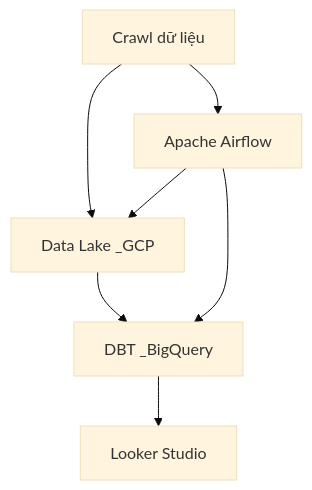
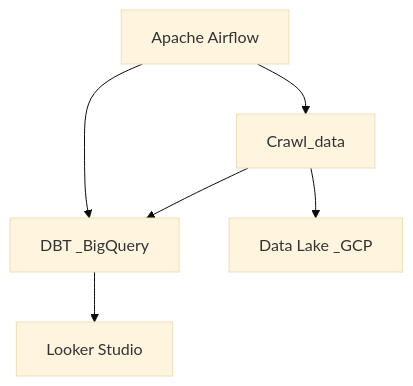
One commit to pKietDE/bds-dbt-bq-looker changed the diagram in README.md. Above: the diagram before and after it, drawn with Mermaid (base theme).

````diff
--- a/README.md
+++ b/README.md
@@ -73,9 +73,8 @@
 ```mermaid
 graph TD
-    A[Crawl dữ liệu] --> B[Data Lake _GCP]
-    B --> C[DBT _BigQuery]
+    A[Apache Airflow] --> C[DBT _BigQuery]
+    A --> E[Crawl_data]
     C --> D[Looker Studio]
-    A --> E[Apache Airflow]
-    E --> B
+    E --> B[Data Lake _GCP]
     E --> C
 ```
````
